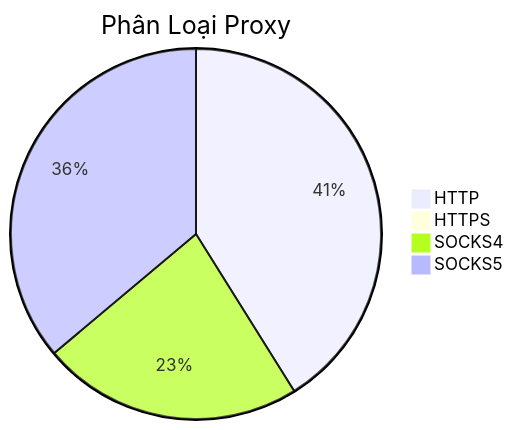
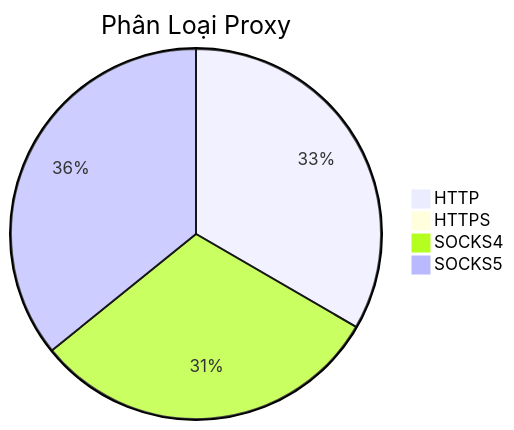
The diagram in README.md (Ciara-12/PROXY-free), drawn with Mermaid before and after one commit. The commit also changed other lines of this file and 4 other files, not shown here.

````diff
--- a/README.md
+++ b/README.md
@@ -26,7 +26,7 @@
 ```mermaid
 pie title Phân Loại Proxy
-    "HTTP" : 379
+    "HTTP" : 300
     "HTTPS" : 2
-    "SOCKS4" : 210
-    "SOCKS5" : 333
+    "SOCKS4" : 277
+    "SOCKS5" : 322
 ```
````
